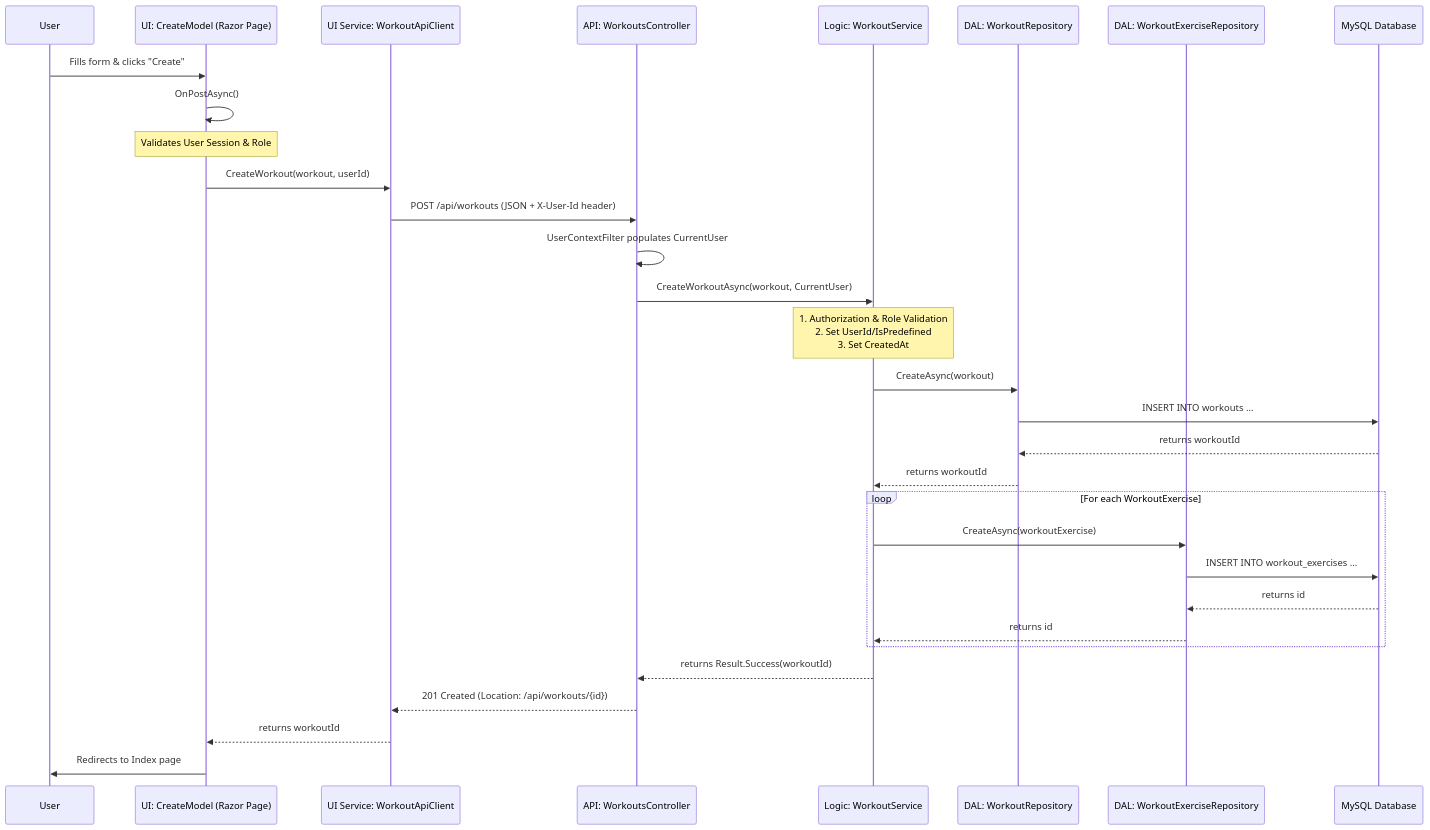
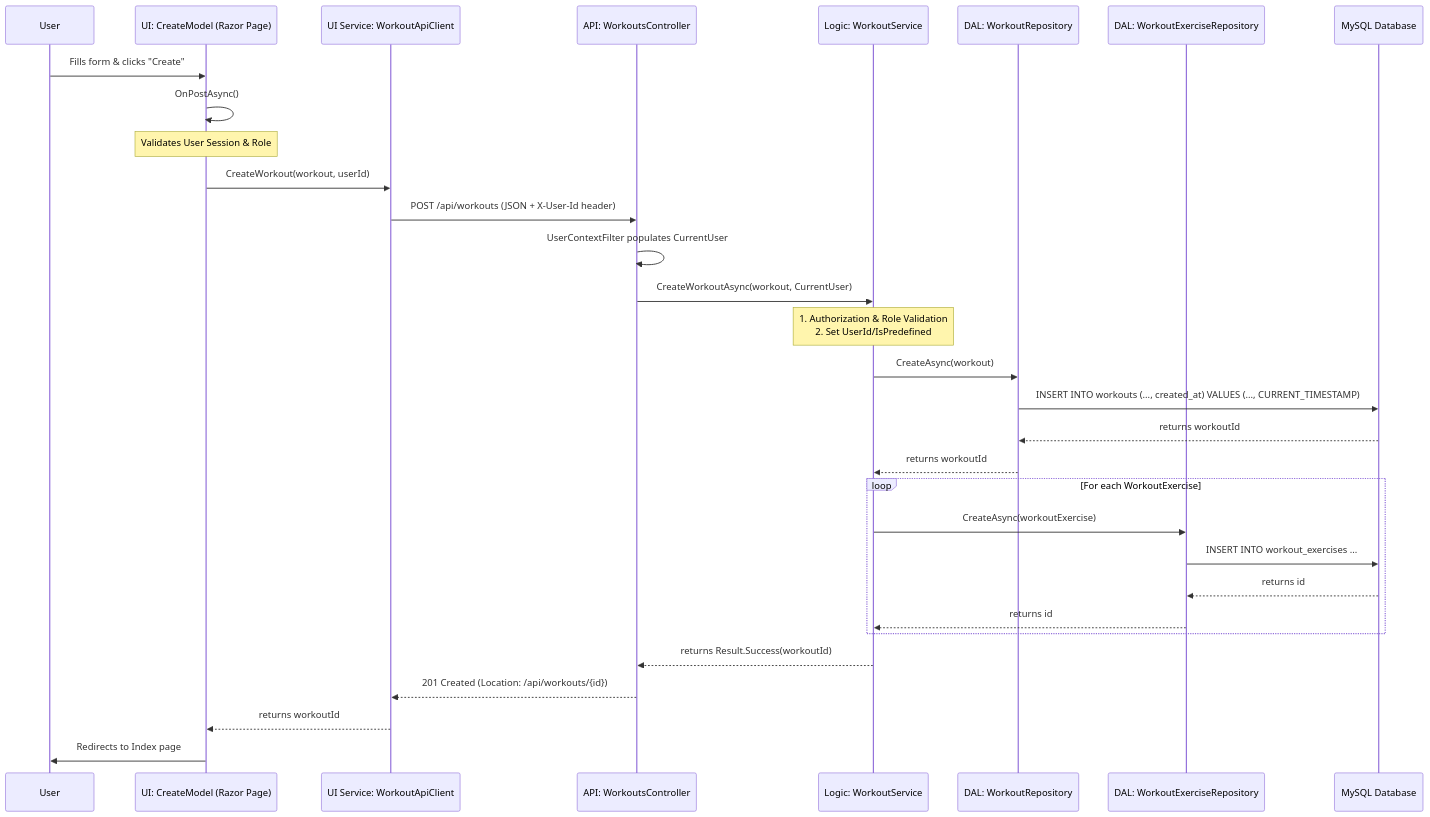
Before and after one commit to MrBunn448/RepVector: the third of 3 diagrams in Documentation/RepVector_Architecture.md, drawn with Mermaid. The commit also changed other lines of this file and 22 other files, not shown here.

````diff
--- a/Documentation/RepVector_Architecture.md
+++ b/Documentation/RepVector_Architecture.md
@@ -69,40 +68,40 @@
 ```mermaid
 sequenceDiagram
     participant User
     participant CreateModel as UI: CreateModel (Razor Page)
     participant WorkoutApiClient as UI Service: WorkoutApiClient
     participant WorkoutsController as API: WorkoutsController
     participant WorkoutService as Logic: WorkoutService
     participant WorkoutRepo as DAL: WorkoutRepository
     participant WorkoutExRepo as DAL: WorkoutExerciseRepository
     participant DB as MySQL Database
 
     User->>CreateModel: Fills form & clicks "Create"
     CreateModel->>CreateModel: OnPostAsync()
     Note over CreateModel: Validates User Session & Role
 
     CreateModel->>WorkoutApiClient: CreateWorkout(workout, userId)
     WorkoutApiClient->>WorkoutsController: POST /api/workouts (JSON + X-User-Id header)
     
     WorkoutsController->>WorkoutsController: UserContextFilter populates CurrentUser
     WorkoutsController->>WorkoutService: CreateWorkoutAsync(workout, CurrentUser)
 
-    Note over WorkoutService: 1. Authorization & Role Validation<br/>2. Set UserId/IsPredefined<br/>3. Set CreatedAt
+    Note over WorkoutService: 1. Authorization & Role Validation<br/>2. Set UserId/IsPredefined
 
     WorkoutService->>WorkoutRepo: CreateAsync(workout)
-    WorkoutRepo->>DB: INSERT INTO workouts ...
+    WorkoutRepo->>DB: INSERT INTO workouts (..., created_at) VALUES (..., CURRENT_TIMESTAMP)
     DB-->>WorkoutRepo: returns workoutId
     WorkoutRepo-->>WorkoutService: returns workoutId
 
     loop For each WorkoutExercise
         WorkoutService->>WorkoutExRepo: CreateAsync(workoutExercise)
         WorkoutExRepo->>DB: INSERT INTO workout_exercises ...
         DB-->>WorkoutExRepo: returns id
         WorkoutExRepo-->>WorkoutService: returns id
     end
 
     WorkoutService-->>WorkoutsController: returns Result.Success(workoutId)
     WorkoutsController-->>WorkoutApiClient: 201 Created (Location: /api/workouts/{id})
     WorkoutApiClient-->>CreateModel: returns workoutId
     CreateModel->>User: Redirects to Index page
 ```
````
